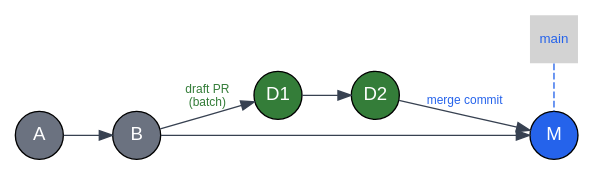
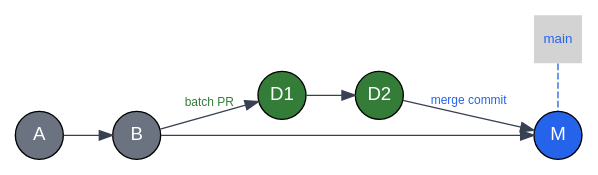
Before and after one commit to Mergifyio/docs: the fifth of 5 diagrams in src/content/docs/merge-queue/merge-strategies.mdx, drawn with Graphviz. The commit also changed other lines of this file and 3 other files, not shown here.

First line of the commit message:
docs: rename "draft PR" to "batch PR" throughout merge queue docs (#10963)

````diff
--- a/src/content/docs/merge-queue/merge-strategies.mdx
+++ b/src/content/docs/merge-queue/merge-strategies.mdx
@@ -301,26 +301,26 @@
 ```dot class="graph"
 strict digraph {
     fontname="sans-serif";
     rankdir="LR";
     splines=line;
     node [style=filled, shape=circle, fontname="sans-serif", fontcolor="white", width=0.5, fixedsize=true];
     edge [color="#374151", fontname="sans-serif"];
 
     A [label="A", fillcolor="#6B7280"];
     B [label="B", fillcolor="#6B7280"];
     D1 [label="D1", fillcolor="#347D39"];
     D2 [label="D2", fillcolor="#347D39"];
     M [label="M", fillcolor="#2563EB"];
 
     main [label="main", shape=plaintext, fontname="sans-serif", fontcolor="#2563EB", fontsize=10];
 
     A -> B;
-    B -> D1 [label="draft PR\n(batch)", fontsize=9, fontcolor="#347D39"];
+    B -> D1 [label="batch PR", fontsize=9, fontcolor="#347D39"];
     D1 -> D2;
     B -> M;
     D2 -> M [label="merge commit", fontsize=9, fontcolor="#2563EB"];
     main -> M [style=dashed, color="#2563EB", arrowhead=none];
 
     { rank=same; M; main; }
 }
 ```
````
